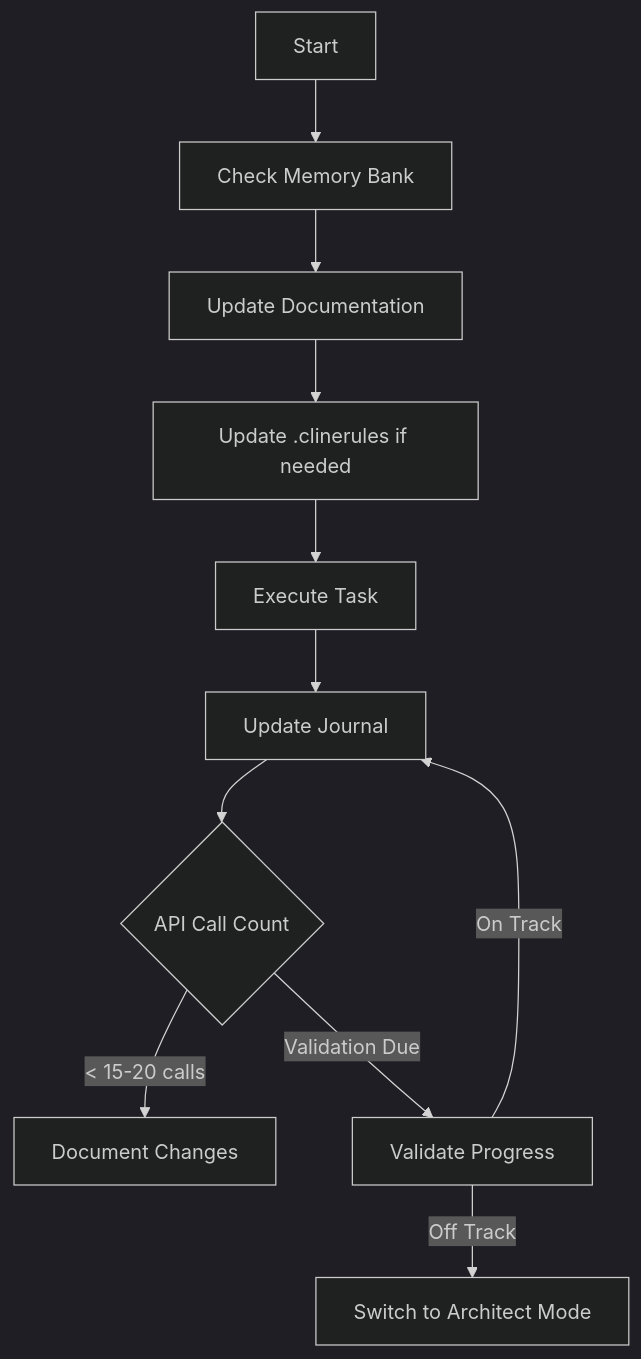
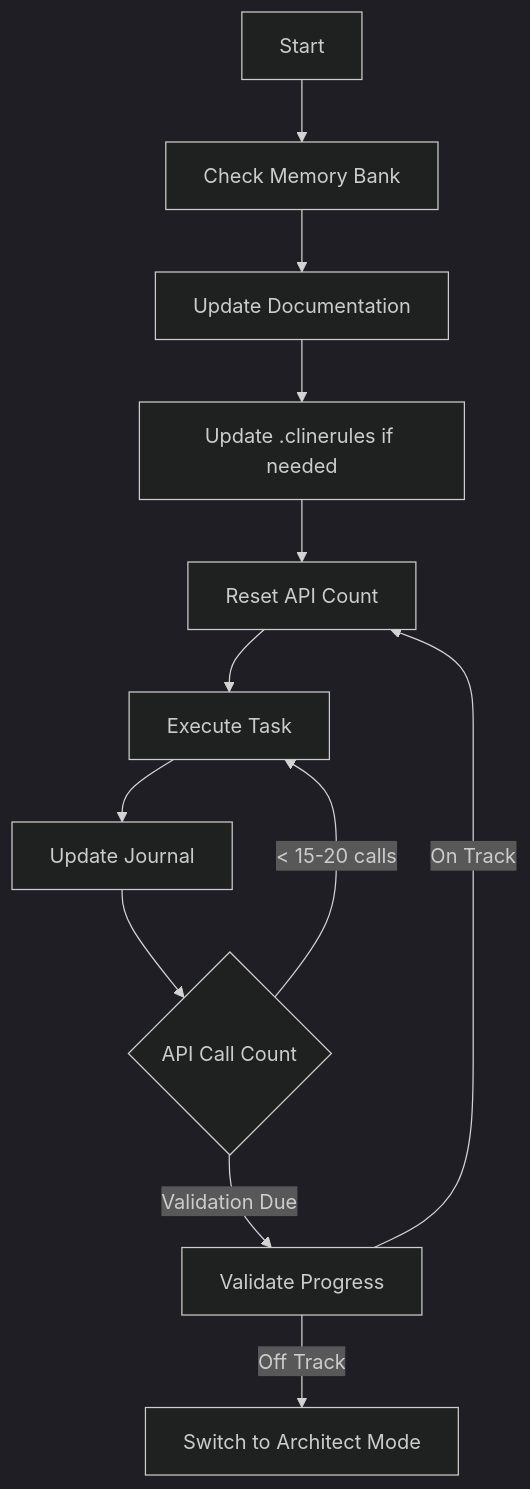
The third of 5 diagrams in docs/prompting/custom instructions library/raw-instructions/cline-memory-bank.md (IHateCrickets/cline), drawn with Mermaid (dark theme) before and after one commit.

Commit message:
Update cline-memory-bank.md
final for tonight

````diff
--- a/docs/prompting/custom instructions library/raw-instructions/cline-memory-bank.md
+++ b/docs/prompting/custom instructions library/raw-instructions/cline-memory-bank.md
@@ -115,13 +115,14 @@
 ```mermaid
 flowchart TD
     Start[Start] --> Context[Check Memory Bank]
     Context --> Update[Update Documentation]
     Update --> Rules[Update .clinerules if needed]
-    Rules --> Execute[Execute Task]
+    Rules --> Reset[Reset API Count]
+    Reset --> Execute[Execute Task]
     Execute --> Journal[Update Journal]
     Journal --> Count{API Call Count}
-    Count -->|< 15-20 calls| Document[Document Changes]
+    Count -->|< 15-20 calls| Execute[Execute Task]
     Count -->|Validation Due| Validate[Validate Progress]
-    Validate -->|On Track| Journal
+    Validate -->|On Track| Reset[Reset API Count]
     Validate -->|Off Track| Reassess[Switch to Architect Mode]
 ```
````
